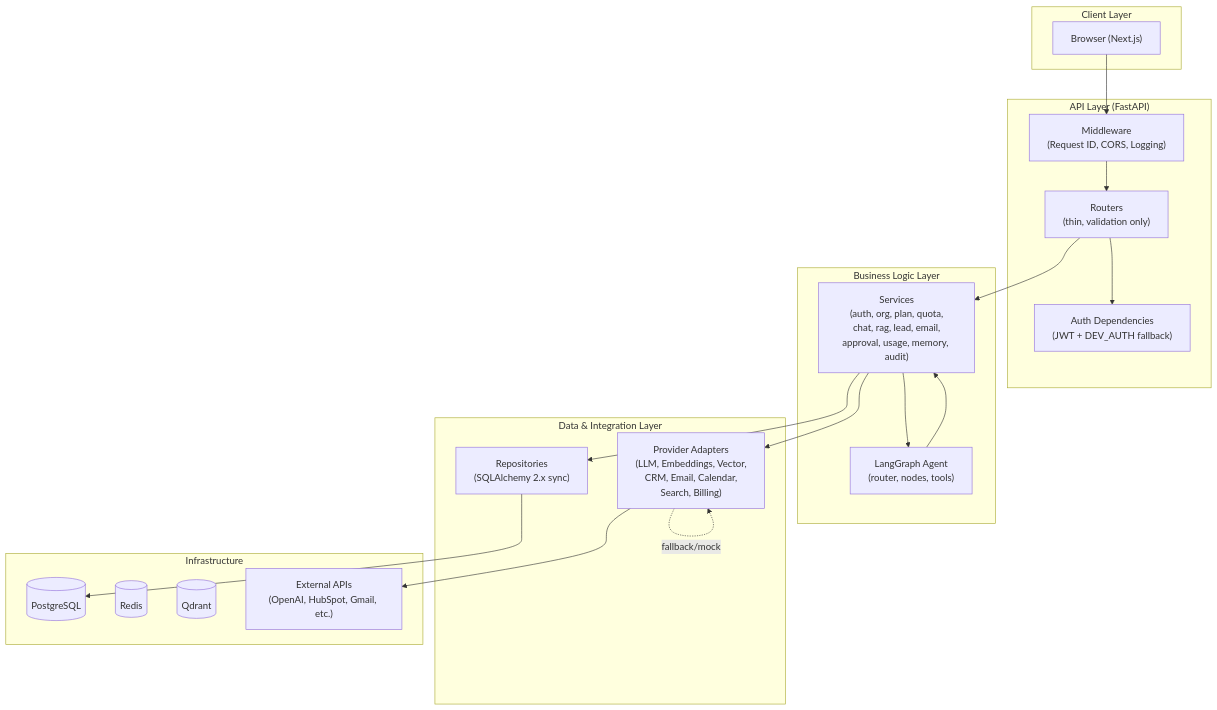
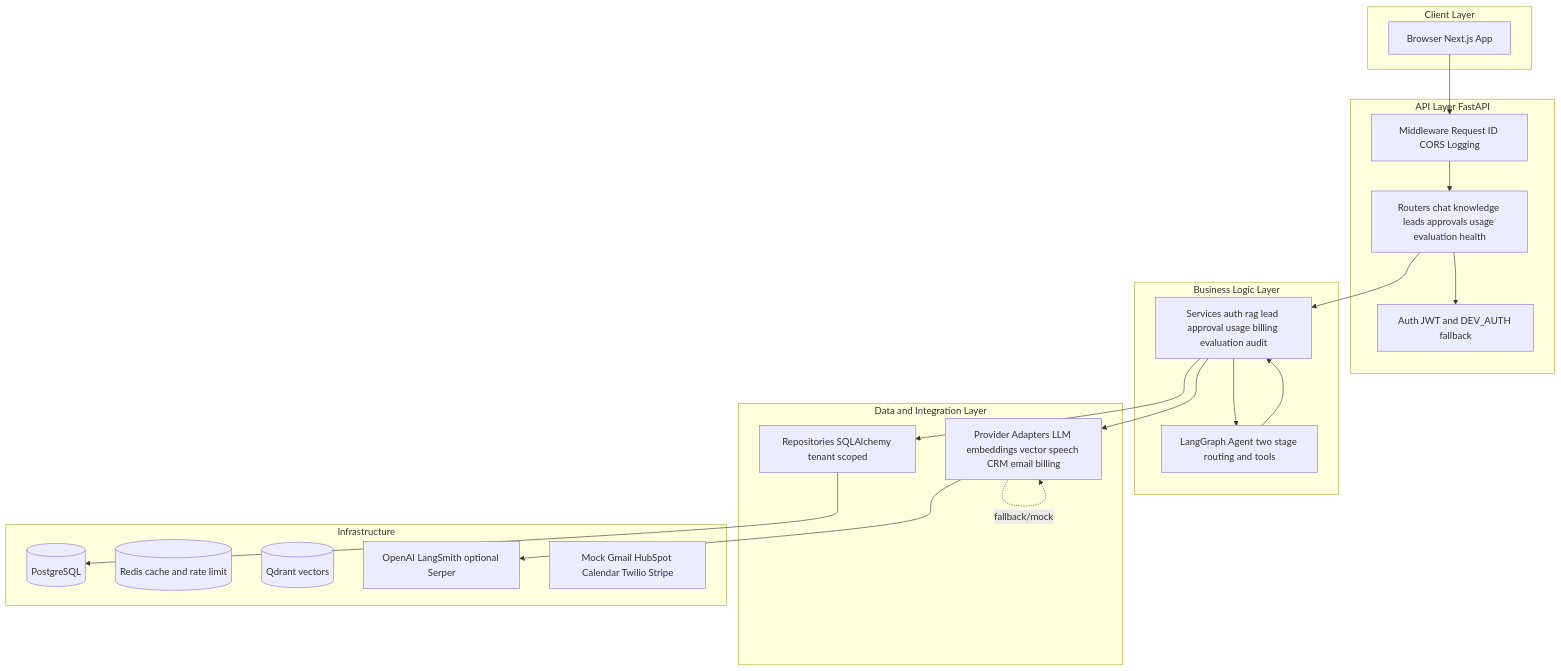
One commit to Fejjii/OnePilot-AI changed the first of 6 diagrams in docs/architecture.md. Above: the diagram before and after it, drawn with Mermaid. The commit also changed other lines of this file and 53 other files, not shown here.

````diff
--- a/docs/architecture.md
+++ b/docs/architecture.md
@@ -7,40 +7,41 @@
 ```mermaid
 flowchart TB
     subgraph Client ["Client Layer"]
-        Browser["Browser (Next.js)"]
+        Browser["Browser Next.js App"]
     end
 
-    subgraph API ["API Layer (FastAPI)"]
-        Middleware["Middleware<br/>(Request ID, CORS, Logging)"]
-        Routers["Routers<br/>(thin, validation only)"]
-        AuthDep["Auth Dependencies<br/>(JWT + DEV_AUTH fallback)"]
+    subgraph API ["API Layer FastAPI"]
+        Middleware["Middleware Request ID CORS Logging"]
+        Routers["Routers chat knowledge leads approvals usage evaluation health"]
+        AuthDep["Auth JWT and DEV_AUTH fallback"]
     end
 
     subgraph Business ["Business Logic Layer"]
-        Services["Services<br/>(auth, org, plan, quota,<br/>chat, rag, lead, email,<br/>approval, usage, memory, audit)"]
-        Agents["LangGraph Agent<br/>(router, nodes, tools)"]
+        Services["Services auth rag lead approval usage billing evaluation audit"]
+        Agents["LangGraph Agent two stage routing and tools"]
     end
 
-    subgraph Data ["Data & Integration Layer"]
-        Repos["Repositories<br/>(SQLAlchemy 2.x sync)"]
-        Providers["Provider Adapters<br/>(LLM, Embeddings, Vector,<br/>CRM, Email, Calendar,<br/>Search, Billing)"]
+    subgraph Data ["Data and Integration Layer"]
+        Repos["Repositories SQLAlchemy tenant scoped"]
+        Providers["Provider Adapters LLM embeddings vector speech CRM email billing"]
     end
 
     subgraph Infra ["Infrastructure"]
         Postgres[(PostgreSQL)]
-        Redis[(Redis)]
-        Qdrant[(Qdrant)]
-        External["External APIs<br/>(OpenAI, HubSpot, Gmail, etc.)"]
+        Redis[(Redis cache and rate limit)]
+        Qdrant[(Qdrant vectors)]
+        External["OpenAI LangSmith optional Serper"]
+        Mocks["Mock Gmail HubSpot Calendar Twilio Stripe"]
     end
 
     Browser --> Middleware --> Routers
     Routers --> AuthDep
     Routers --> Services
     Services --> Agents
     Agents --> Services
     Services --> Repos
     Services --> Providers
     Repos --> Postgres
     Providers --> External
     Providers -.->|"fallback/mock"| Providers
 ```
````
